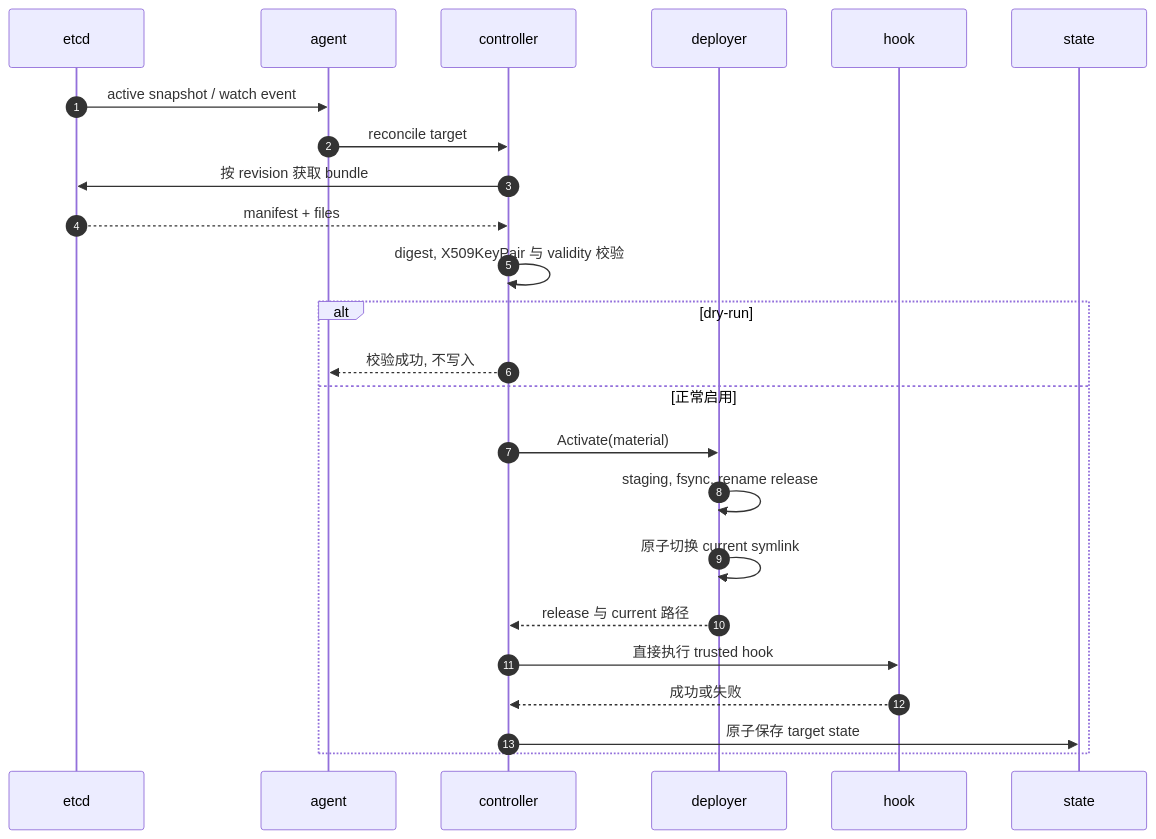
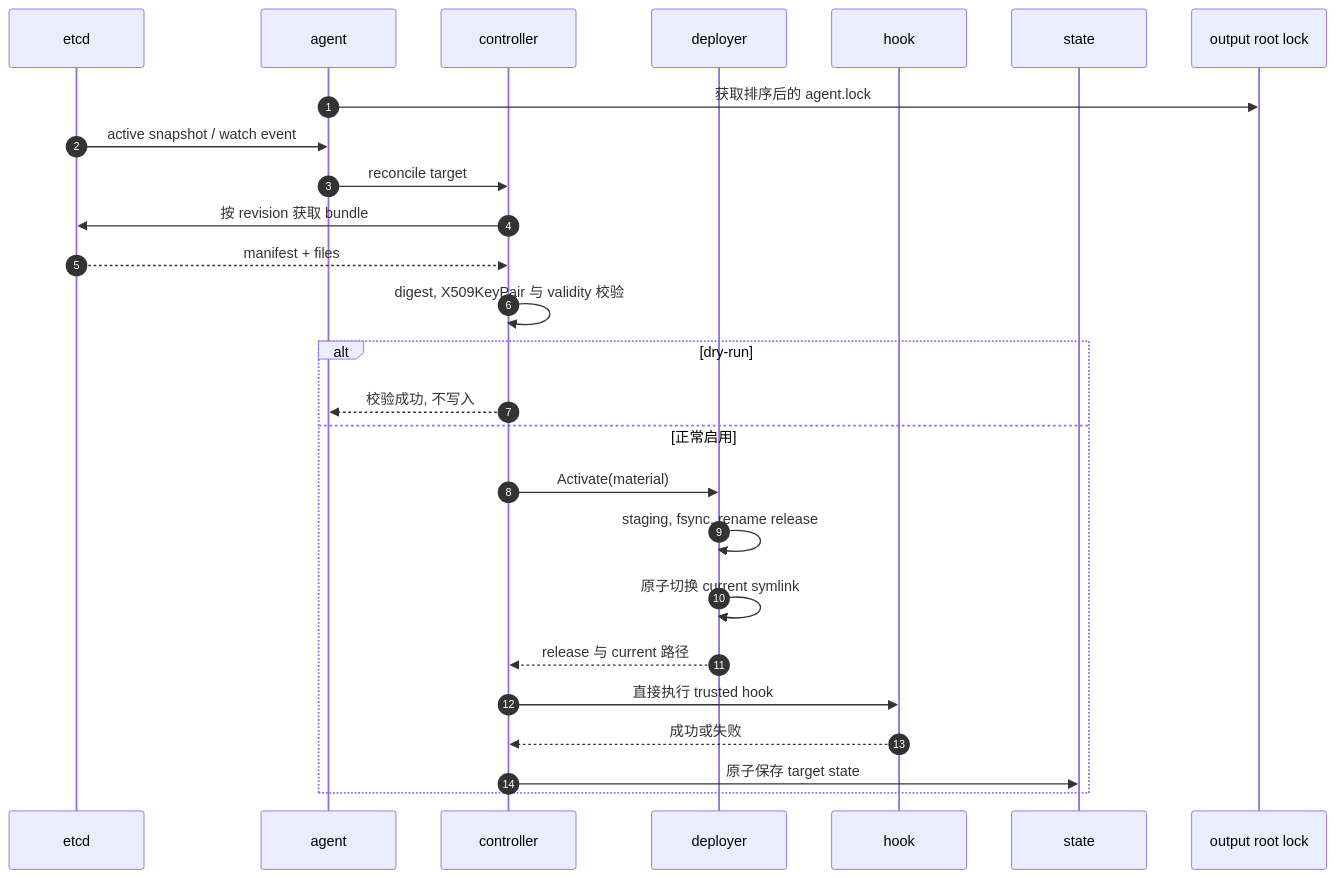
The diagram in .agents/skills/repo-architecture/references/architecture.md (lwmacct/260907-pemcast), drawn with Mermaid before and after one commit. The commit also changed other lines of this file and 34 other files, not shown here.

````diff
--- a/.agents/skills/repo-architecture/references/architecture.md
+++ b/.agents/skills/repo-architecture/references/architecture.md
@@ -26,27 +26,29 @@
 ```mermaid
 sequenceDiagram
     autonumber
     participant E as etcd
     participant A as agent
     participant C as controller
     participant D as deployer
     participant H as hook
     participant S as state
+    participant L as output root lock
 
+    A->>L: 获取排序后的 agent.lock
     E->>A: active snapshot / watch event
     A->>C: reconcile target
     C->>E: 按 revision 获取 bundle
     E-->>C: manifest + files
     C->>C: digest, X509KeyPair 与 validity 校验
     alt dry-run
         C-->>A: 校验成功, 不写入
     else 正常启用
         C->>D: Activate(material)
         D->>D: staging, fsync, rename release
         D->>D: 原子切换 current symlink
         D-->>C: release 与 current 路径
         C->>H: 直接执行 trusted hook
         H-->>C: 成功或失败
         C->>S: 原子保存 target state
     end
 ```
````
